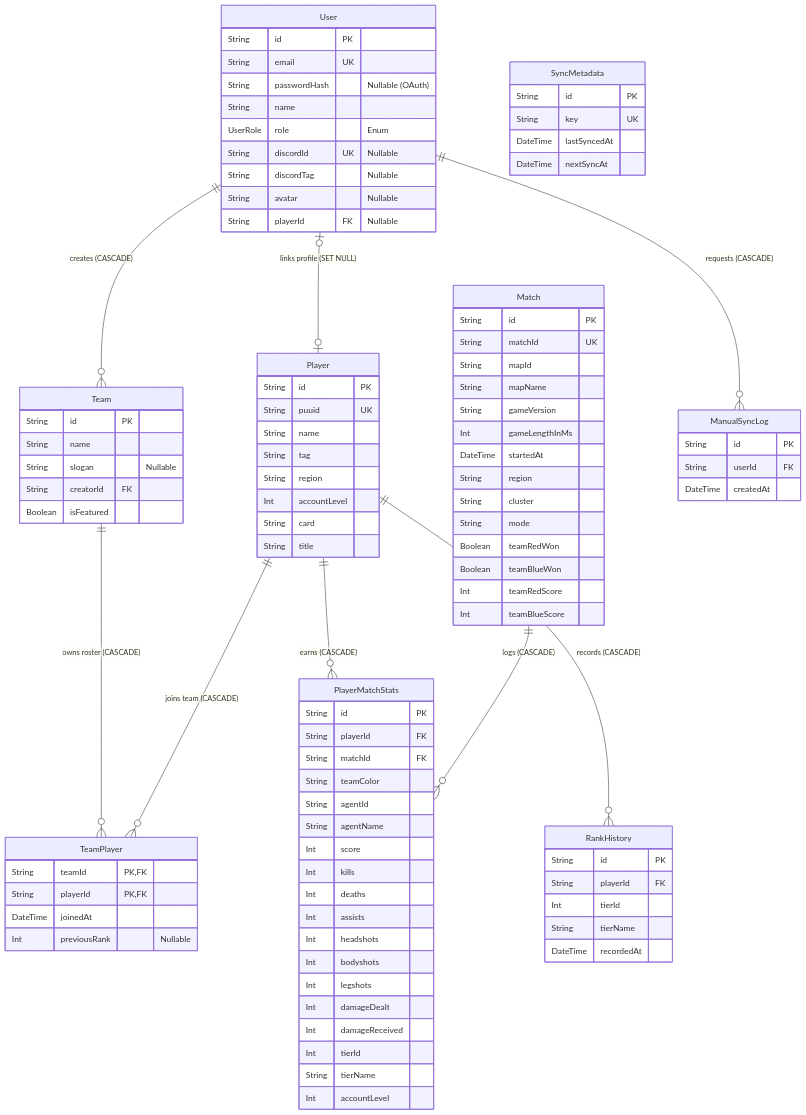
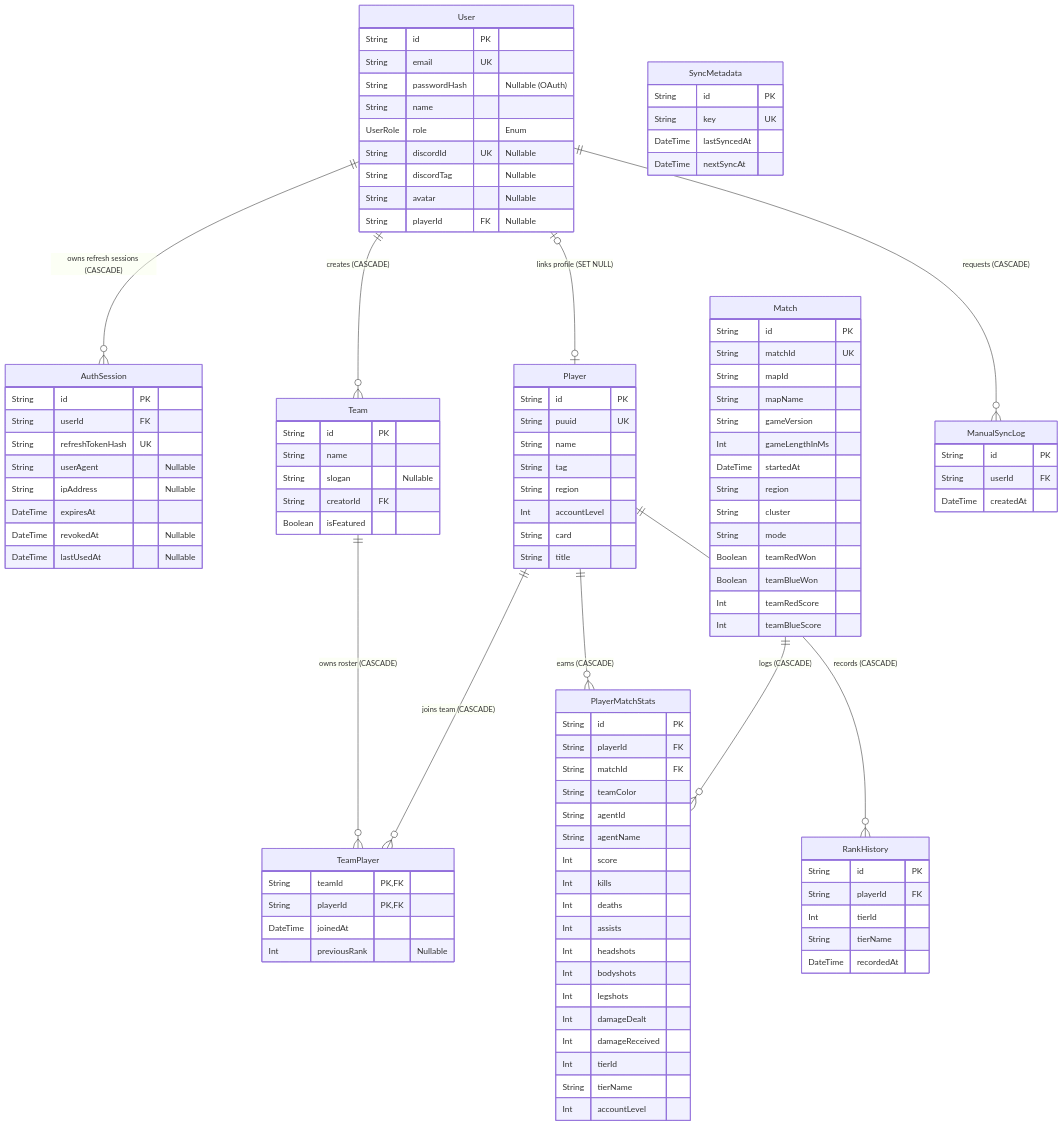
Before and after one commit to MrMandalNSU/sudipta.me: the fourth of 4 diagrams in docs/overviews/projects/valodash.md, drawn with Mermaid. The commit also changed other lines of this file and 6 other files, not shown here.

Commit message:
updated valodash project context with proxy setup, refresh token setup

```diff
--- a/docs/overviews/projects/valodash.md
+++ b/docs/overviews/projects/valodash.md
@@ -230,6 +246,17 @@
         String discordTag "Nullable"
         String avatar "Nullable"
         String playerId FK "Nullable"
+    }
+
+    AuthSession {
+        String id PK
+        String userId FK
+        String refreshTokenHash UK
+        String userAgent "Nullable"
+        String ipAddress "Nullable"
+        DateTime expiresAt
+        DateTime revokedAt "Nullable"
+        DateTime lastUsedAt "Nullable"
     }
     
     Team {
@@ -321,6 +348,7 @@
     User |o--o| Player : "links profile (SET NULL)"
     User ||--o{ Team : "creates (CASCADE)"
     User ||--o{ ManualSyncLog : "requests (CASCADE)"
+    User ||--o{ AuthSession : "owns refresh sessions (CASCADE)"
     Team ||--o{ TeamPlayer : "owns roster (CASCADE)"
     Player ||--o{ TeamPlayer : "joins team (CASCADE)"
     Player ||--o{ PlayerMatchStats : "earns (CASCADE)"
```
